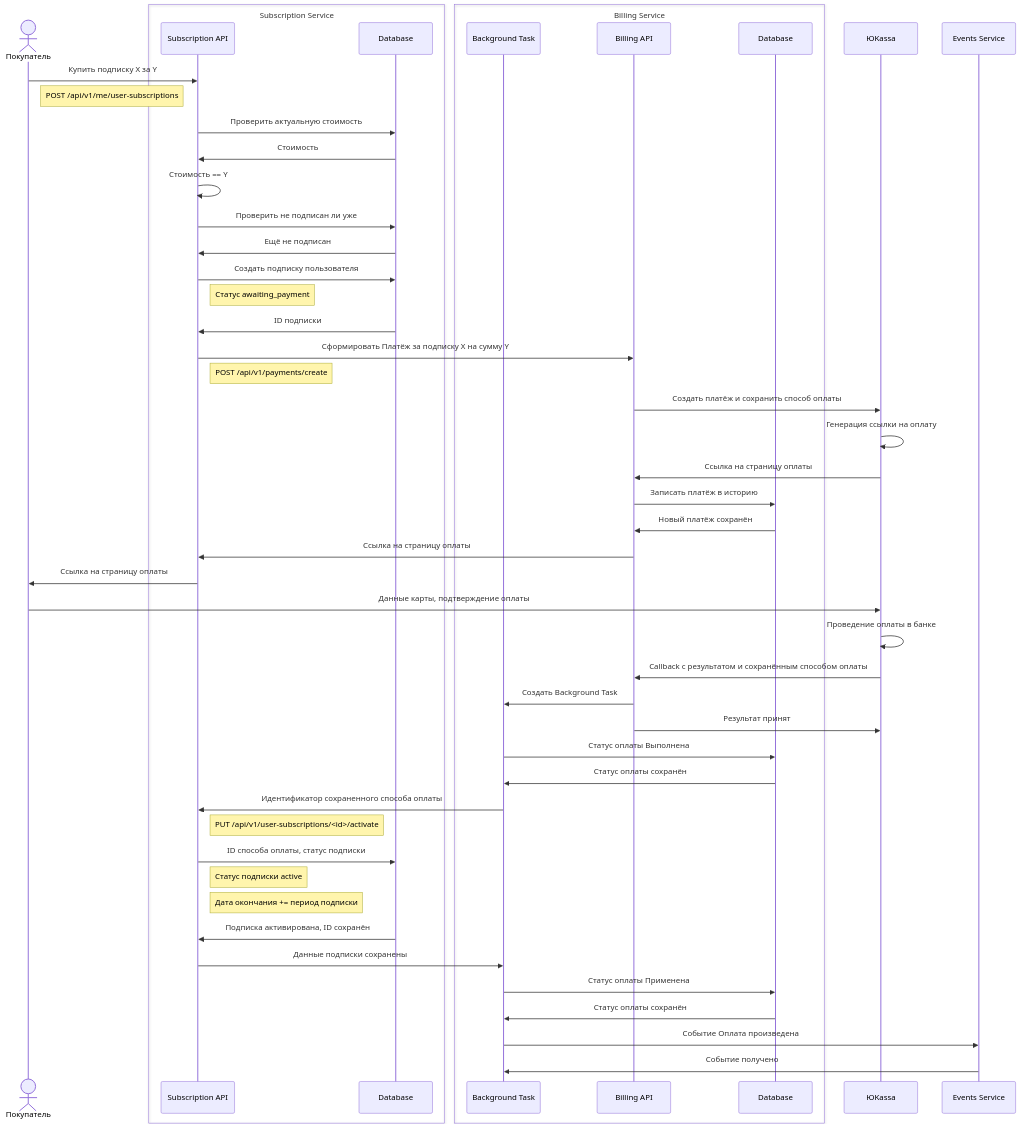
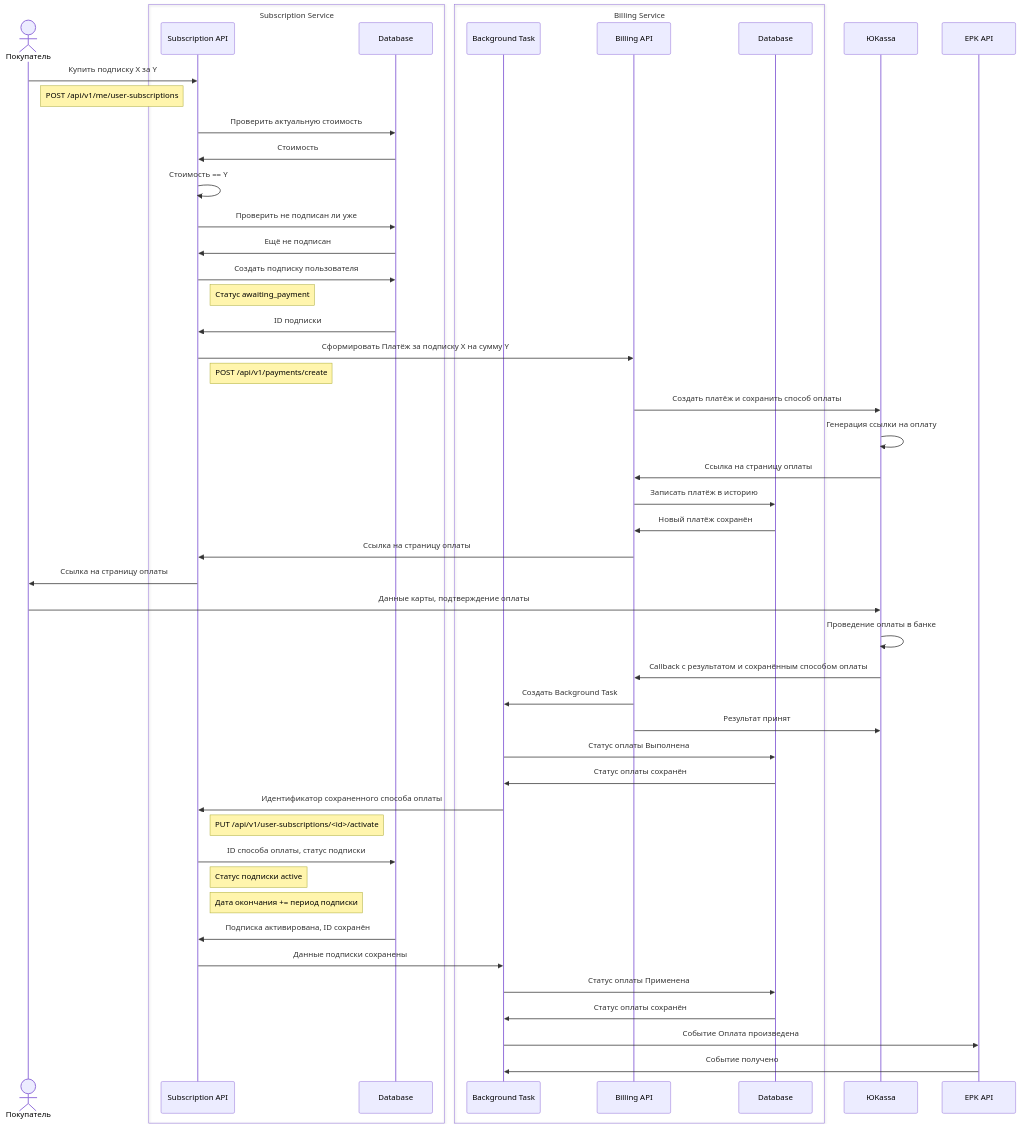
Before and after one commit to smb13/graduate_work: the diagram in architecture/sequence_diagrams/subscription_new.md, drawn with Mermaid. The commit also changed 2 other files, not shown here.

Commit message:
Переименовать Events Service в EPK API, добавить события на отмену

````diff
--- a/architecture/sequence_diagrams/subscription_new.md
+++ b/architecture/sequence_diagrams/subscription_new.md
@@ -3,56 +3,56 @@
 ```mermaid
 sequenceDiagram
     actor User as Покупатель
     box Subscription Service
         participant SubAPI as Subscription API
         participant SubDB as Database
     end
     box Billing Service
         participant BillBGround as Background Task
         participant BillAPI as Billing API
         participant BillDB as Database
     end
     participant YooKassa as ЮKassa
-    participant Events as Events Service
+    participant EPKAPI as EPK API
 
     User->>SubAPI: Купить подписку X за Y
     Note right of User: POST /api/v1/me/user-subscriptions
     SubAPI->>SubDB: Проверить актуальную стоимость
     SubDB->>SubAPI: Стоимость
     SubAPI->>SubAPI: Стоимость == Y
     SubAPI->>SubDB: Проверить не подписан ли уже
     SubDB->>SubAPI: Ещё не подписан
     SubAPI->>SubDB: Создать подписку пользователя
     Note right of SubAPI: Статус awaiting_payment
     SubDB->>SubAPI: ID подписки
 
     SubAPI->>BillAPI: Сформировать Платёж за подписку X на сумму Y
     Note right of SubAPI: POST /api/v1/payments/create
     BillAPI->>YooKassa: Создать платёж и сохранить способ оплаты
     YooKassa->>YooKassa: Генерация ссылки на оплату
     YooKassa->>BillAPI: Ссылка на страницу оплаты
     BillAPI->>BillDB: Записать платёж в историю
     BillDB->>BillAPI: Новый платёж сохранён
     BillAPI->>SubAPI: Ссылка на страницу оплаты
     SubAPI->>User: Ссылка на страницу оплаты
 
     User->>YooKassa: Данные карты, подтверждение оплаты
     YooKassa->>YooKassa: Проведение оплаты в банке
     YooKassa->>BillAPI: Callback с результатом и сохранённым способом оплаты
     BillAPI->>BillBGround: Создать Background Task
     BillAPI->>YooKassa: Результат принят
 
     BillBGround->>BillDB: Статус оплаты Выполнена
     BillDB->>BillBGround: Статус оплаты сохранён
     BillBGround->>SubAPI: Идентификатор сохраненного способа оплаты
     Note right of SubAPI: PUT /api/v1/user-subscriptions/<id>/activate
     SubAPI->>SubDB: ID способа оплаты, статус подписки
     Note right of SubAPI: Статус подписки active
     Note right of SubAPI: Дата окончания += период подписки 
     SubDB->>SubAPI: Подписка активирована, ID сохранён
     SubAPI->>BillBGround: Данные подписки сохранены
     BillBGround->>BillDB: Статус оплаты Применена
     BillDB->>BillBGround: Статус оплаты сохранён
-    BillBGround->>Events: Событие Оплата произведена
-    Events->>BillBGround: Событие получено
+    BillBGround->>EPKAPI: Событие Оплата произведена
+    EPKAPI->>BillBGround: Событие получено
 ```
````
